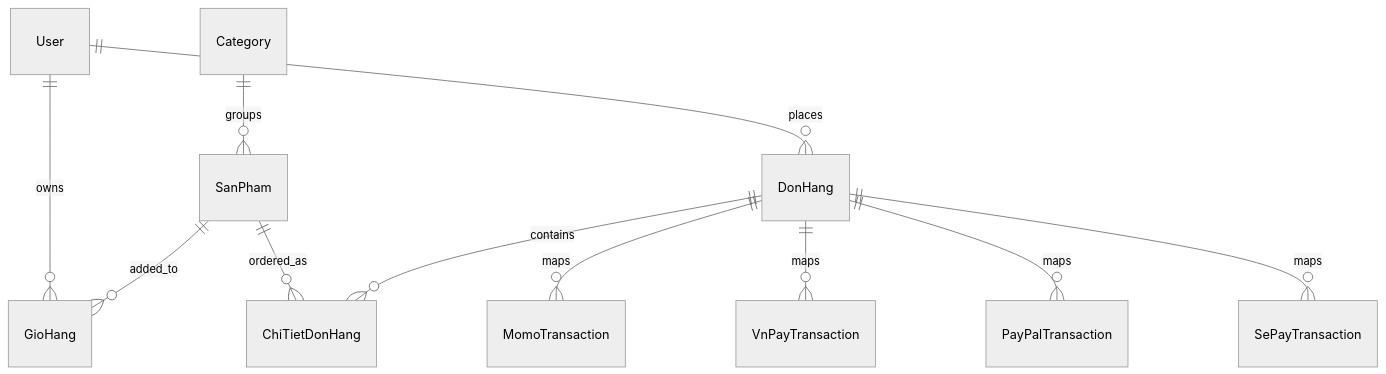
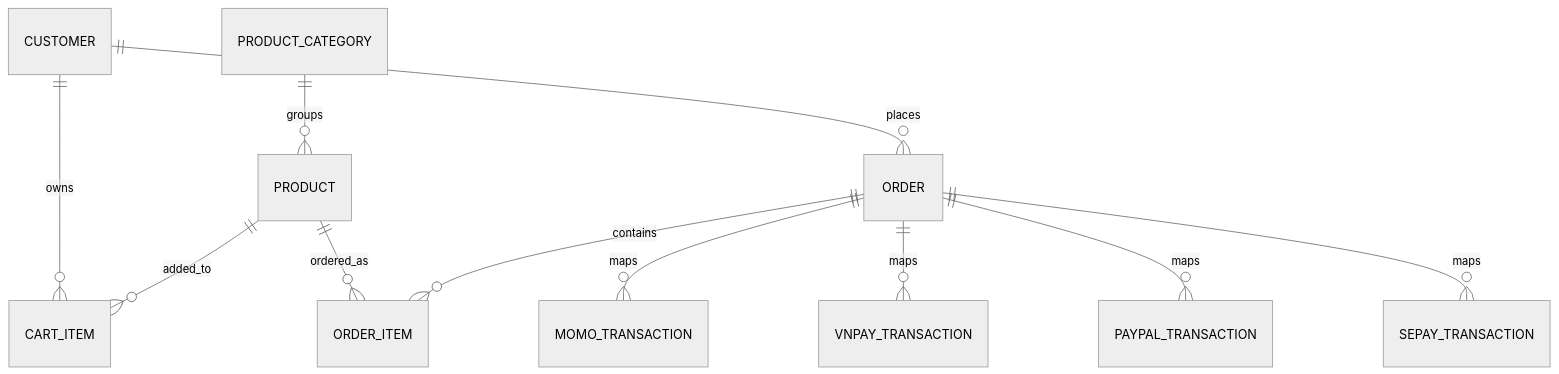
One commit to ngxuanvan/ReSip-Multi-Payment-E-Commerce changed the seventh of 7 diagrams in README.md. Above: the diagram before and after it, drawn with Mermaid (neutral theme).

Commit message:
docs: fix README Mermaid ERD rendering

````diff
--- a/README.md
+++ b/README.md
@@ -208,13 +208,13 @@
 ```mermaid
 erDiagram
-    User ||--o{ GioHang : owns
-    User ||--o{ DonHang : places
-    Category ||--o{ SanPham : groups
-    SanPham ||--o{ GioHang : added_to
-    SanPham ||--o{ ChiTietDonHang : ordered_as
-    DonHang ||--o{ ChiTietDonHang : contains
-    DonHang ||--o{ MomoTransaction : maps
-    DonHang ||--o{ VnPayTransaction : maps
-    DonHang ||--o{ PayPalTransaction : maps
-    DonHang ||--o{ SePayTransaction : maps
+    CUSTOMER ||--o{ CART_ITEM : owns
+    CUSTOMER ||--o{ ORDER : places
+    PRODUCT_CATEGORY ||--o{ PRODUCT : groups
+    PRODUCT ||--o{ CART_ITEM : added_to
+    PRODUCT ||--o{ ORDER_ITEM : ordered_as
+    ORDER ||--o{ ORDER_ITEM : contains
+    ORDER ||--o{ MOMO_TRANSACTION : maps
+    ORDER ||--o{ VNPAY_TRANSACTION : maps
+    ORDER ||--o{ PAYPAL_TRANSACTION : maps
+    ORDER ||--o{ SEPAY_TRANSACTION : maps
 ```
````
